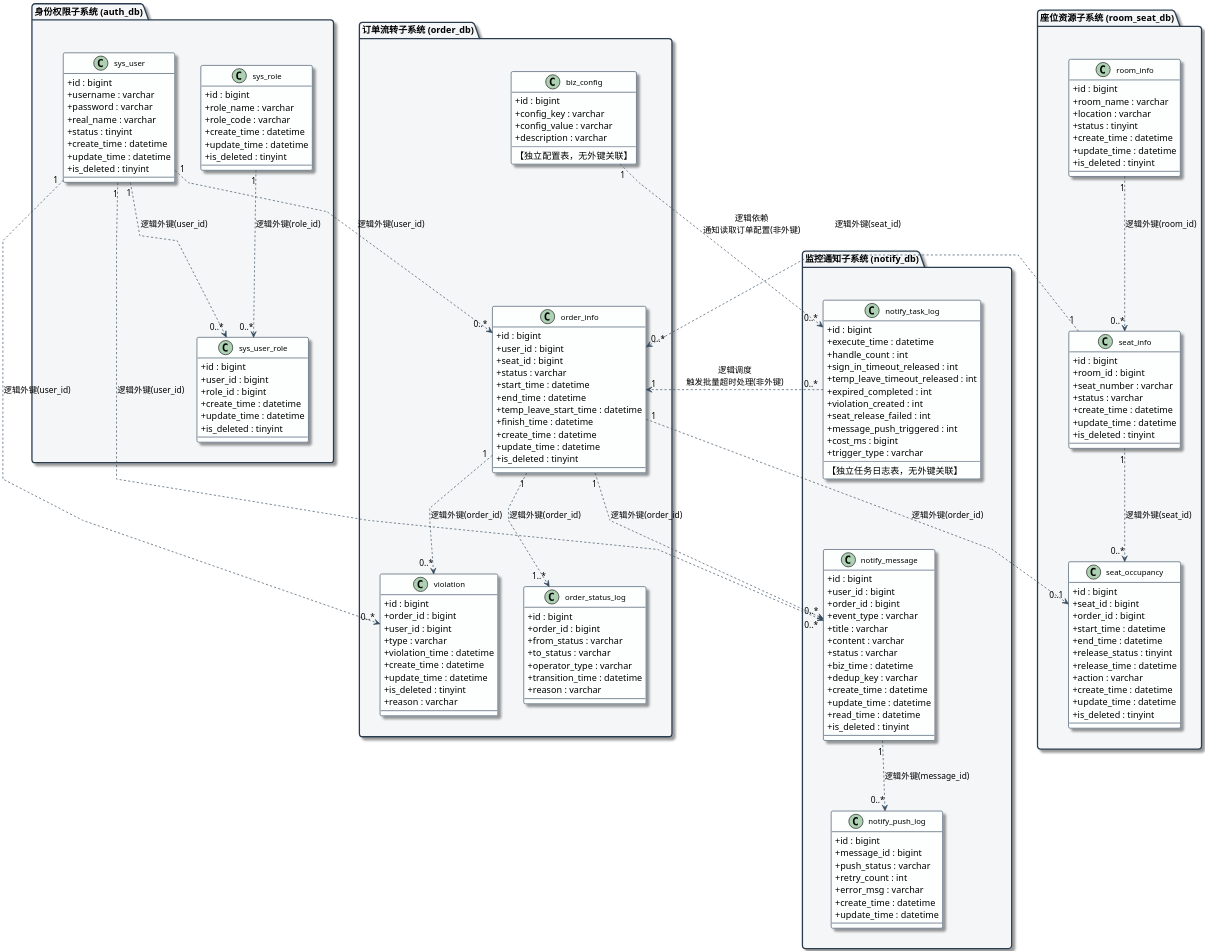
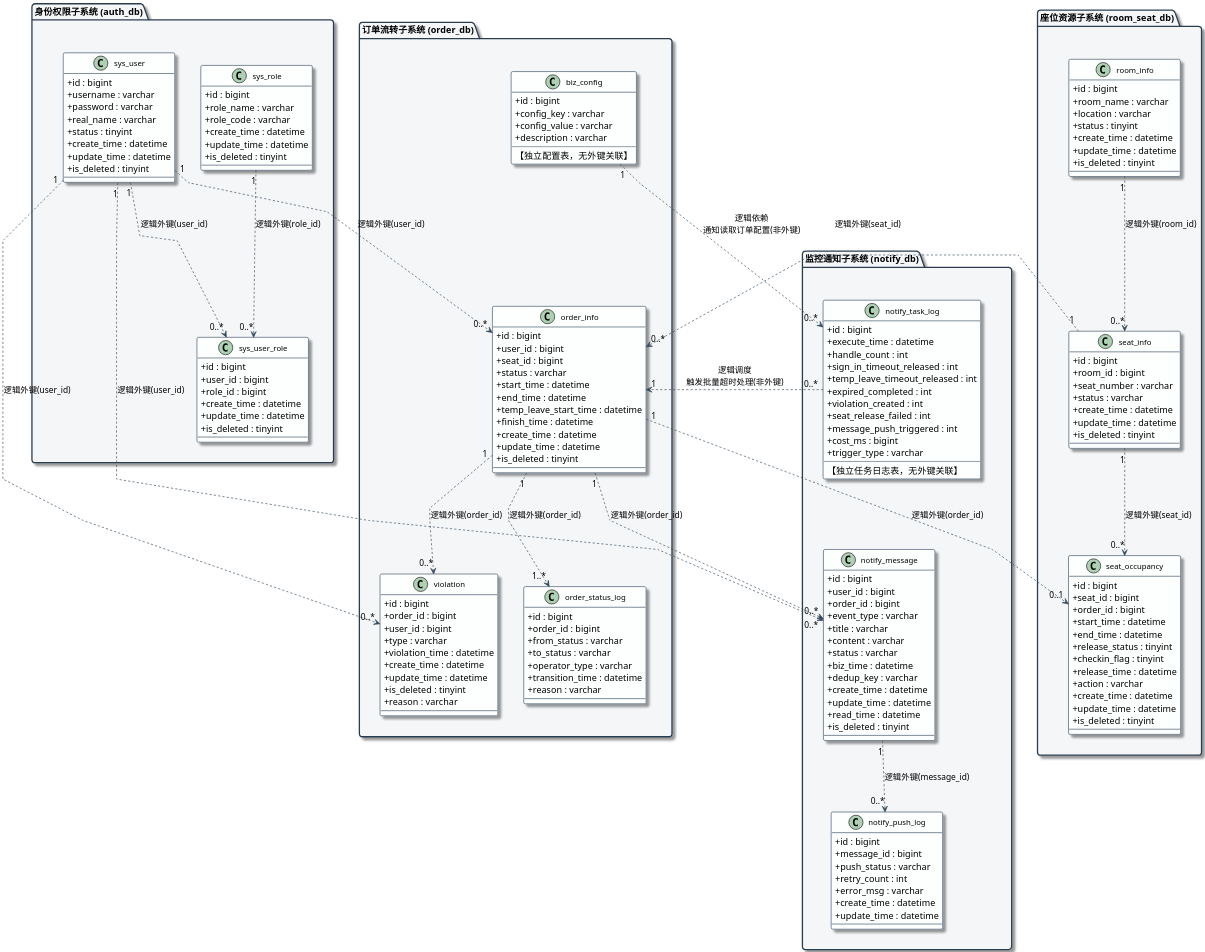
One commit to wlmm123/campus-study-room-system changed the diagram in 03_UML设计模型/class_studyroom.puml. Above: the diagram before and after it, drawn with PlantUML. The commit also changed 1 other file, not shown here.

Commit message:
成员3-实体类图 puml 源文件 + PNG 图片（2.0）

```diff
--- a/03_UML设计模型/class_studyroom.puml
+++ b/03_UML设计模型/class_studyroom.puml
@@ -137,6 +137,7 @@
             + start_time : datetime
             + end_time : datetime
             + release_status : tinyint
+            + checkin_flag : tinyint
             + release_time : datetime
             + action : varchar
             + create_time : datetime
```
